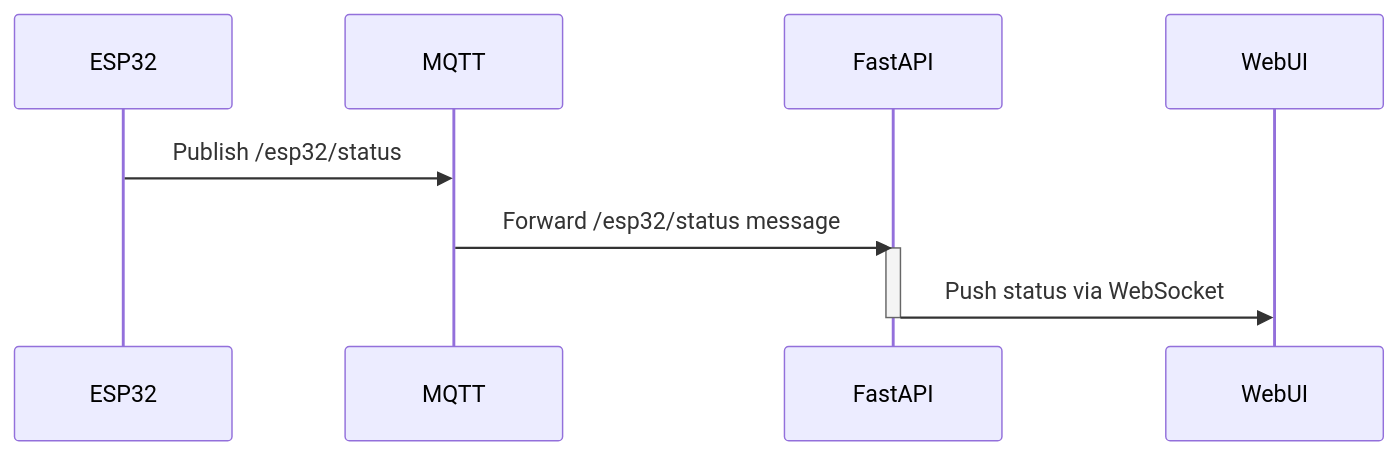
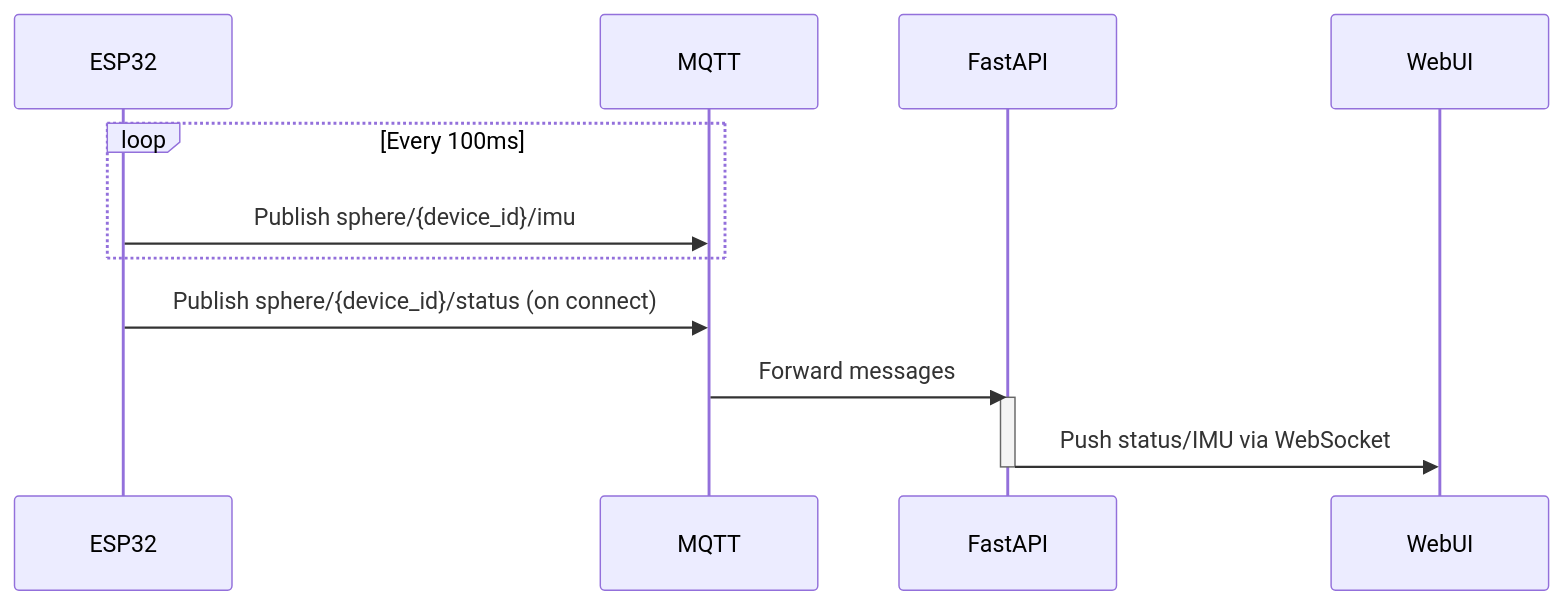
The third of 3 diagrams in server/docs/sequence_diagram.md (sastles-com/sastle-isolation-sphere), drawn with Mermaid before and after one commit. The commit also changed other lines of this file and 14 other files, not shown here.

First line of the commit message:
fix: Configure API routing and WebSocket connection

````diff
--- a/server/docs/sequence_diagram.md
+++ b/server/docs/sequence_diagram.md
@@ -65,14 +66,18 @@
 ```mermaid
 sequenceDiagram
     participant ESP32
     participant MQTT
     participant FastAPI
     participant WebUI
 
-    ESP32->>MQTT: Publish /esp32/status
+    loop Every 100ms
+        ESP32->>MQTT: Publish sphere/{device_id}/imu
+    end
     
-    MQTT->>FastAPI: Forward /esp32/status message
+    ESP32->>MQTT: Publish sphere/{device_id}/status (on connect)
+    
+    MQTT->>FastAPI: Forward messages
     activate FastAPI
-    FastAPI->>WebUI: Push status via WebSocket
+    FastAPI->>WebUI: Push status/IMU via WebSocket
     deactivate FastAPI
 ```
````
